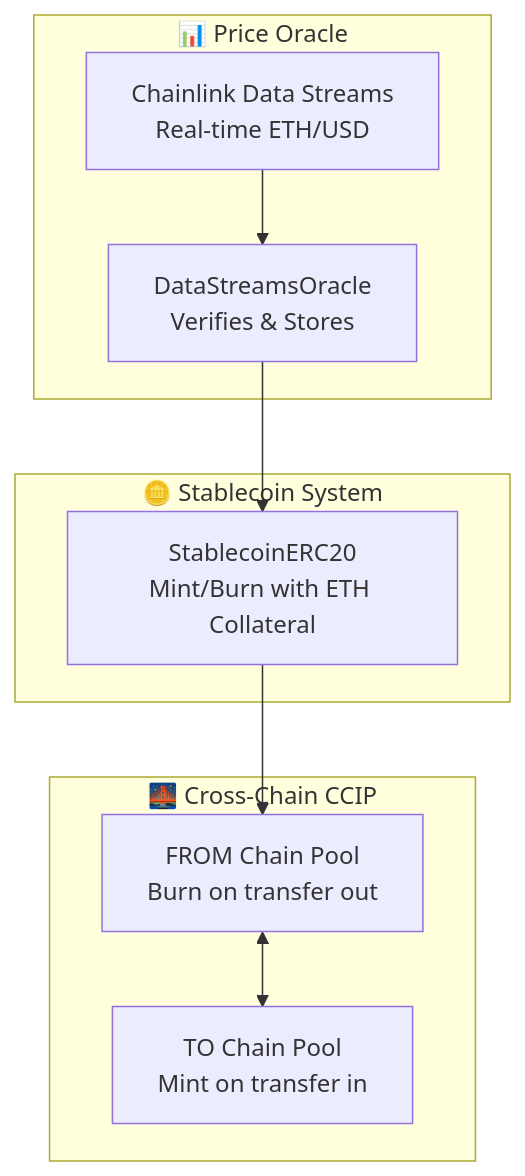
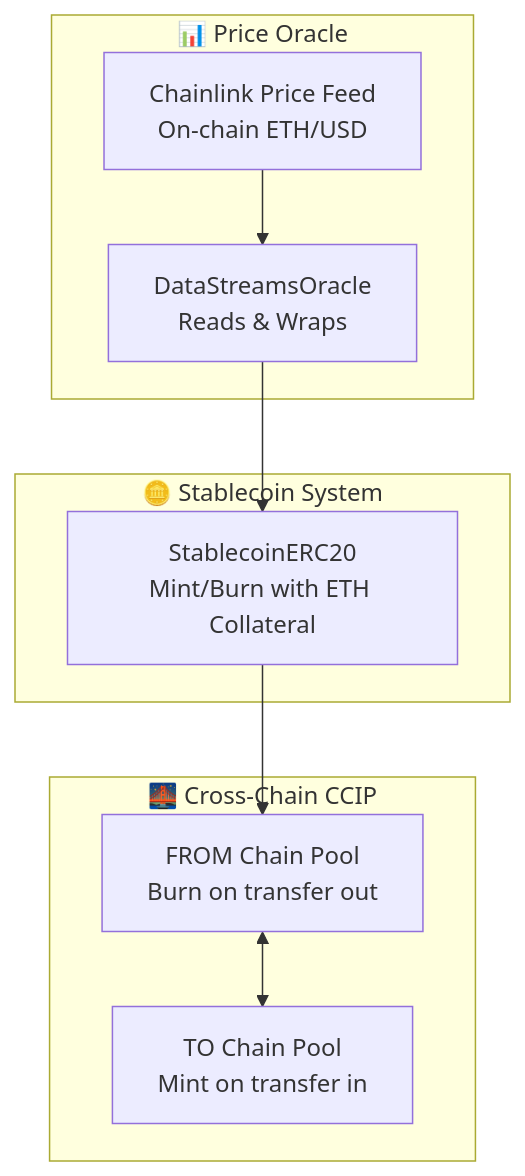
Before and after one commit to smartcontractkit/stablecoin-workshop-evm: the diagram in README.md, drawn with Mermaid. The commit also changed other lines of this file and 11 other files, not shown here.

Commit message:
WIP: DataStreams -> DataFeed

````diff
--- a/README.md
+++ b/README.md
@@ -68,23 +67,23 @@
 ```mermaid
 graph TD
     subgraph "📊 Price Oracle"
-        DS[Chainlink Data Streams<br/>Real-time ETH/USD]
-        DO[DataStreamsOracle<br/>Verifies & Stores]
-        
-        DS --> DO
+        PF[Chainlink Price Feed<br/>On-chain ETH/USD]
+        DO[DataStreamsOracle<br/>Reads & Wraps]
+
+        PF --> DO
     end
-    
+
     subgraph "🪙 Stablecoin System"
         SC[StablecoinERC20<br/>Mint/Burn with ETH Collateral]
-        
+
         DO --> SC
     end
-    
+
     subgraph "🌉 Cross-Chain CCIP"
         FROM[FROM Chain Pool<br/>Burn on transfer out]
         TO[TO Chain Pool<br/>Mint on transfer in]
-        
+
         SC --> FROM
         FROM <--> TO
     end
 ```
````
